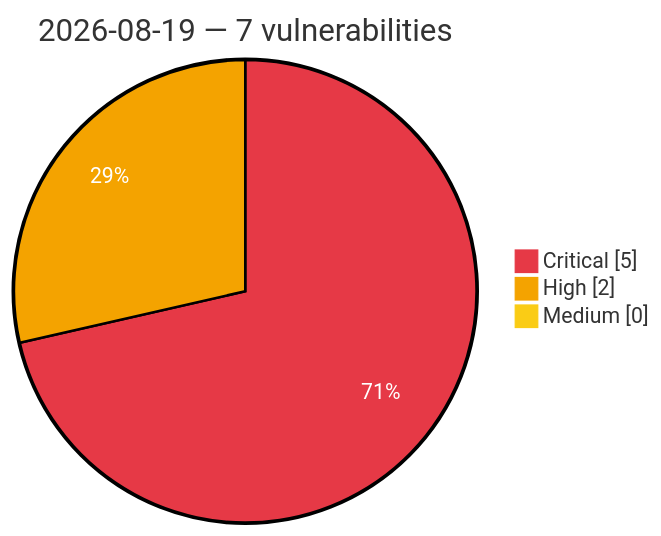
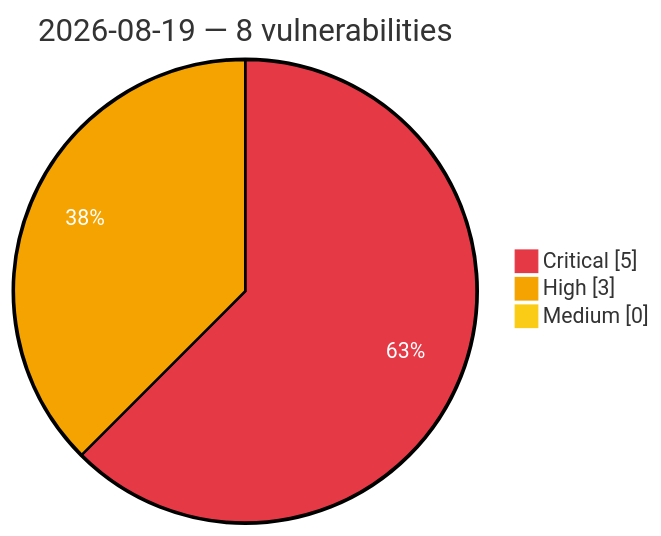
One commit to GhostX0X/vuln-tracker changed the diagram in vulnerabilities/2026/August/2026-08-19.md. Above: the diagram before and after it, drawn with Mermaid. The commit also changed other lines of this file and 7 other files, not shown here.

````diff
--- a/vulnerabilities/2026/August/2026-08-19.md
+++ b/vulnerabilities/2026/August/2026-08-19.md
@@ -3,8 +3,8 @@
 ```mermaid
 %%{init: {'theme':'base', 'themeVariables': {'pie1':'#e63946', 'pie2':'#f4a300', 'pie3':'#facc15', 'pieOpacity':'1', 'pieOuterStrokeWidth':'2px', 'pieSectionTextColor':'#ffffff'}}}%%
 pie showData
-    title 2026-08-19 — 7 vulnerabilities
+    title 2026-08-19 — 8 vulnerabilities
     "Critical" : 5
-    "High" : 2
+    "High" : 3
     "Medium" : 0
 ```
````
